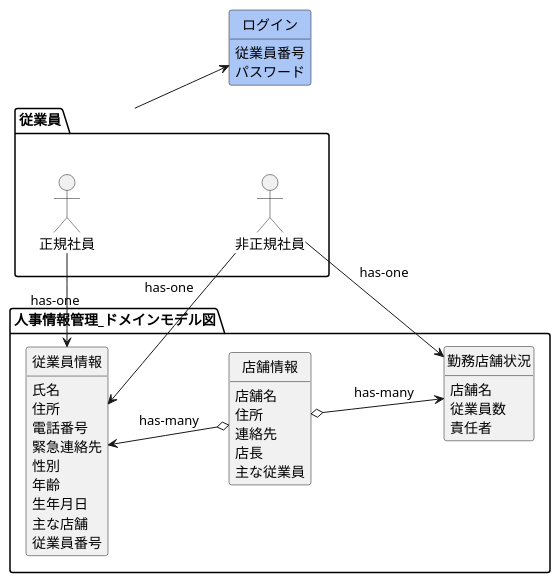
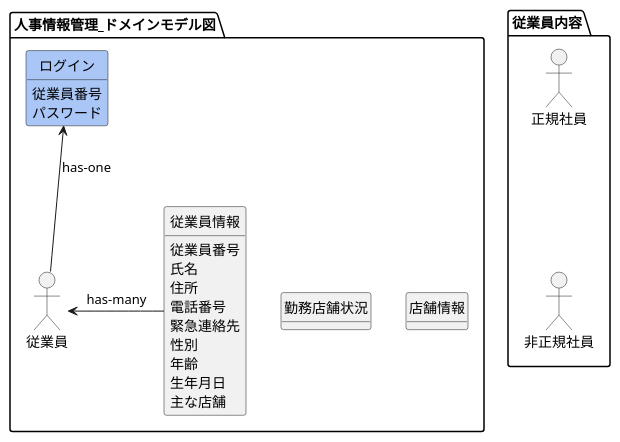
The diagram in 各種設計書/1ドメインモデル図/ドメインモデル図_人事.wsd (HaruShim/Sotuken), drawn with PlantUML before and after one commit. The commit also changed 1 other file, not shown here.

```diff
--- a/各種設計書/1ドメインモデル図/ドメインモデル図_人事.wsd
+++ b/各種設計書/1ドメインモデル図/ドメインモデル図_人事.wsd
@@ -1,54 +1,60 @@
 @startuml domainmodel
-left to right direction
+' left to right direction
 
 hide circle
 hide method
 
-
-package 従業員 {
+package 従業員内容 {
   mix_actor 正規社員 
   mix_actor 非正規社員
 }
-class ログイン #A9C6F6
-従業員 -down-> ログイン
-  ログイン : 従業員番号
-  ログイン : パスワード
 
 正規社員 -[hidden]- 非正規社員
 
 package 人事情報管理_ドメインモデル図{
+  mix_actor 従業員
   class 従業員情報
   class 店舗情報
   class 勤務店舗状況
+  class ログイン #A9C6F6
 
+  従業員情報 -[hidden]left- 従業員
+
+  ログイン : 従業員番号
+  ログイン : パスワード
+
+  従業員情報 : 従業員番号
   従業員情報 : 氏名
   従業員情報 : 住所
   従業員情報 : 電話番号
   従業員情報 : 緊急連絡先
   従業員情報 : 性別
   従業員情報 : 年齢
   従業員情報 : 生年月日
   従業員情報 : 主な店舗
-  従業員情報 : 従業員番号
-  店舗情報 : 店舗名
-  店舗情報 : 住所
-  店舗情報 : 連絡先
-  店舗情報 : 店長
-  店舗情報 : 主な従業員
-  勤務店舗状況 : 店舗名
-  勤務店舗状況 : 従業員数
-  勤務店舗状況 : 責任者
+  ' 店舗情報 : 店舗名
+  ' 店舗情報 : 住所
+  ' 店舗情報 : 連絡先
+  ' 店舗情報 : 店長
+  ' 店舗情報 : 主な従業員
+  ' 勤務店舗状況 : 店舗名
+  ' 勤務店舗状況 : 従業員数
+  ' 勤務店舗状況 : 責任者
 
-  従業員情報 -[hidden]- 店舗情報
+  従業員 -up-> ログイン : has-one 
+  従業員 <- 従業員情報 : has-many
+  従業員情報 -[hidden]right- 店舗情報
+  従業員情報 -[hidden]right- 勤務店舗状況  
+  ' 従業員情報 -[hidden]- 店舗情報
   ' 従業員情報 --> 店舗情報
-  店舗情報 o--> 従業員情報 : has-many
-  店舗情報 -[hidden]down- 勤務店舗状況
+  ' 店舗情報 o--> 従業員情報 : has-many
+  ' 店舗情報 -[hidden]down- 勤務店舗状況
 
-  正規社員 -[hidden]up- 従業員情報 
+  ' 正規社員 -[hidden]up- 従業員情報 
 
-  正規社員 -> 従業員情報 : has-one
-  非正規社員 -> 従業員情報 : has-one
-  非正規社員 -> 勤務店舗状況 : has-one
-  店舗情報 o--> 勤務店舗状況 :has-many
+  ' 正規社員 -> 従業員情報 : has-one
+  ' 非正規社員 -> 従業員情報 : has-one
+  ' 非正規社員 -> 勤務店舗状況 : has-one
+  ' 店舗情報 o--> 勤務店舗状況 :has-many
 }
 @enduml
```
